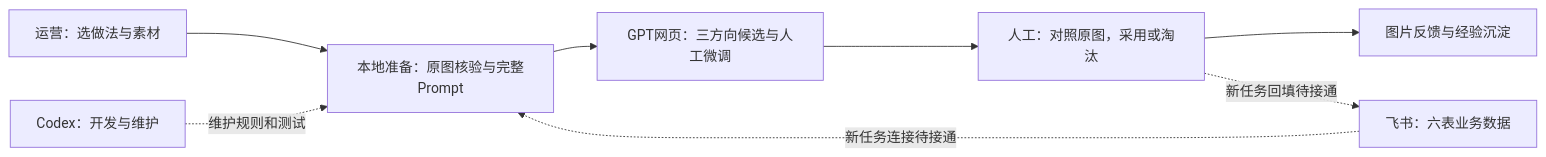
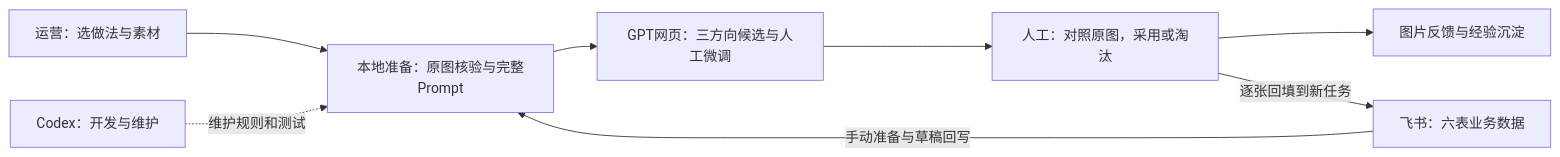
One commit to frog-716/Image-Factory-V2 changed the diagram in README.md. Above: the diagram before and after it, drawn with Mermaid. The commit also changed other lines of this file and 13 other files, not shown here.

````diff
--- a/README.md
+++ b/README.md
@@ -25,10 +27,10 @@
 ```mermaid
 flowchart LR
     A["运营：选做法与素材"] --> B["本地准备：原图核验与完整Prompt"]
     B --> C["GPT网页：三方向候选与人工微调"]
     C --> D["人工：对照原图，采用或淘汰"]
     D --> E["图片反馈与经验沉淀"]
-    F["飞书：六表业务数据"] -.->|"新任务连接待接通"| B
-    D -.->|"新任务回填待接通"| F
+    F["飞书：六表业务数据"] -->|"手动准备与草稿回写"| B
+    D -->|"逐张回填到新任务"| F
     G["Codex：开发与维护"] -.->|"维护规则和测试"| B
 ```
````
